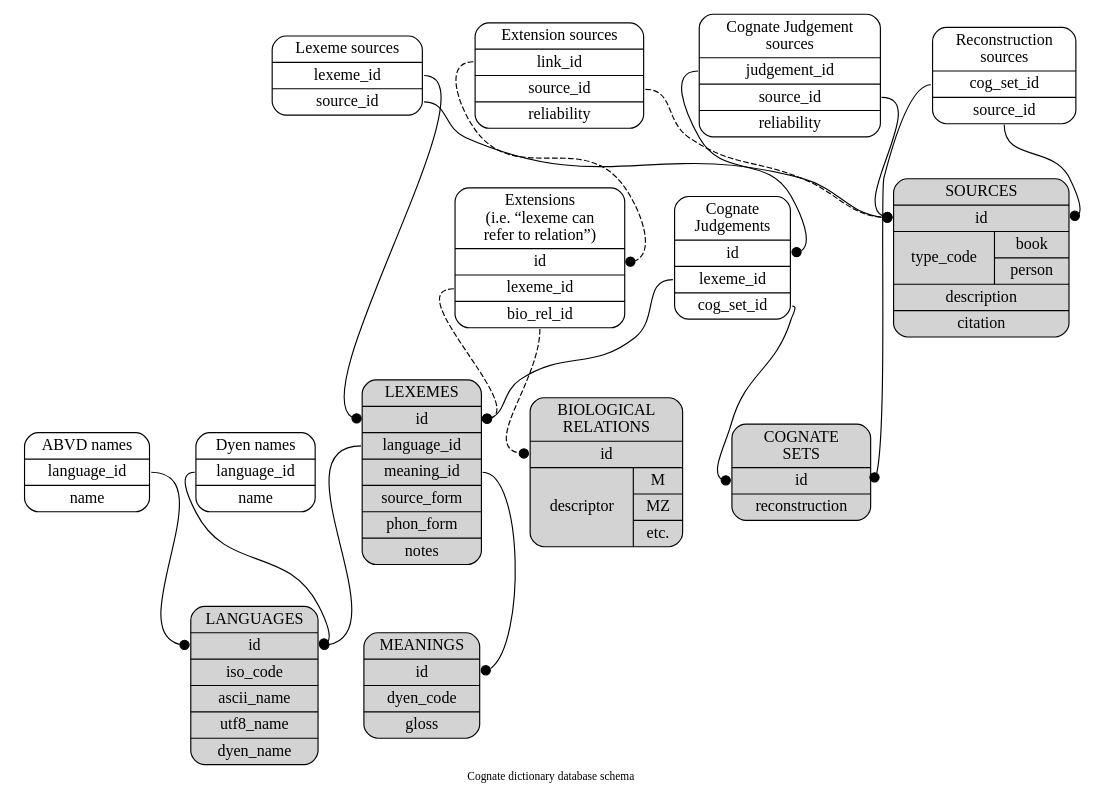
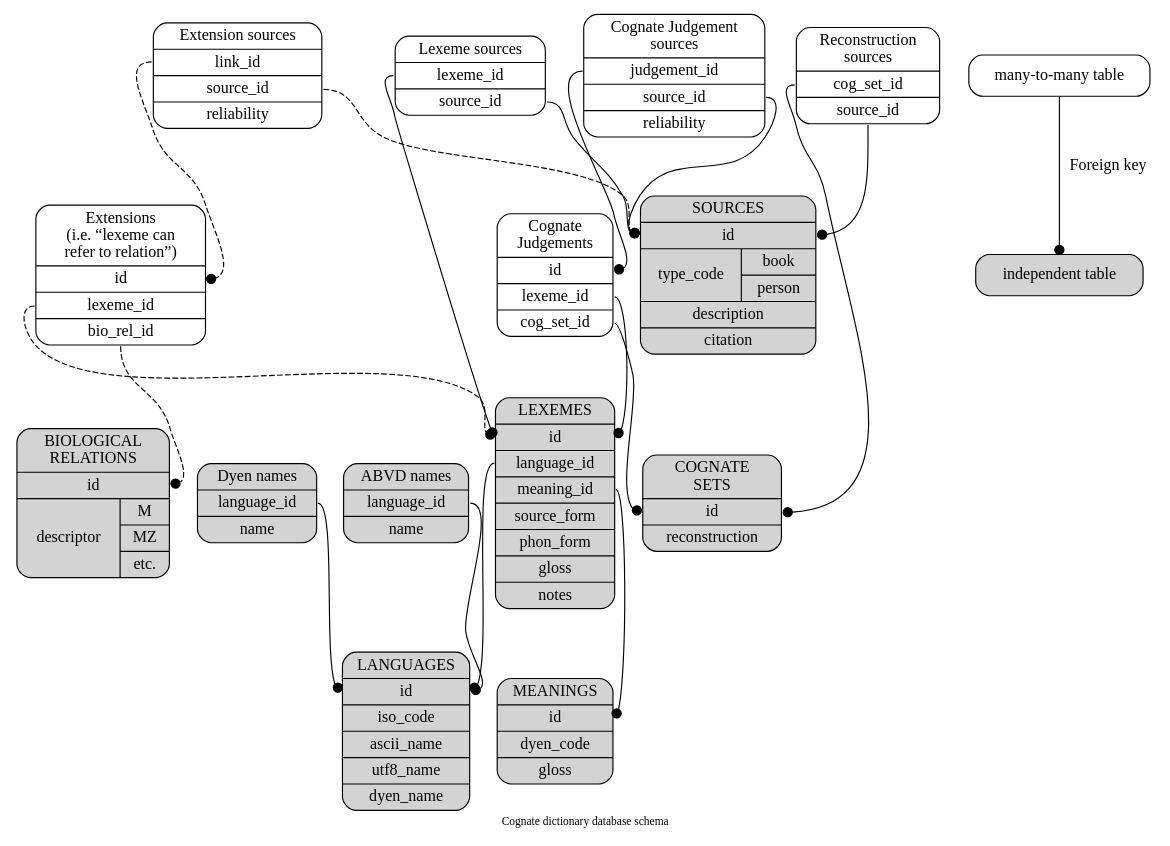
The diagram in database_structure.dot (lingdb/CoBL-public), drawn with Graphviz before and after one commit.

Commit message:
added legend

```diff
--- a/database_structure.dot
+++ b/database_structure.dot
@@ -1,73 +1,76 @@
 digraph g { // neato -Tpdf -O database_structure.dot
   ordering=out;
   fontsize=10;
   overlap=scale;
   splines=true;
   sep=0.2;
   ratio=0.7;
   label="Cognate dictionary database schema";
   node [shape=Mrecord];
   edge [arrowhead=dot];
 
   lexeme [pos="2,3!",style=filled,
-	label="{LEXEMES |<id> id |<lid> language_id |<mid> meaning_id | source_form | phon_form | notes }"];
+	label="{LEXEMES |<id> id |<lid> language_id |<mid> meaning_id | source_form | phon_form | gloss | notes }"];
   source [pos="7,3!",style=filled,
 	label="{SOURCES |<id> id |{type_code |{book | person}}| description | citation }"];
   meaning [pos="1,2!",style=filled,
 	label="{MEANINGS |<id> id | dyen_code | gloss }"];
   language [pos="1,4!",style=filled,
 	label="{LANGUAGES |<id> id | iso_code | ascii_name | utf8_name | dyen_name}"];
   cogset [pos="4,4!",style=filled,
 	label="{COGNATE\nSETS |<id> id | reconstruction}"];
   biological [pos="4,1!",style=filled,
 	label="{BIOLOGICAL\nRELATIONS | <id> id |{descriptor |{M | MZ | etc.}}}"];
-  dyen_name [pos="0,4.5!",
+  dyen_name [pos="0,4.5!",style=filled,
 	label="{Dyen names |<lid> language_id | name}"];
-  abvd_name [pos="0,3.5!",
+  abvd_name [pos="0,3.5!",style=filled,
 	label="{ABVD names |<lid> language_id | name}"];
+  key1 [pos="0,1!", label="independent table", style=filled];
+  key2 [pos="2,1!", label="many-to-many table"];
+  key2 -> key1 [label="Foreign key"];
 
   // Many to many tables
   judgement [pos="3,4.5!",
 	label="{Cognate\nJudgements |<id> id |<fid> lexeme_id |<cid> cog_set_id}"];
   formsource [pos="5,3!",
 	label="{Lexeme sources |<fid> lexeme_id |<sid> source_id}"];
   judgesource [pos="5,5!",
 	label="{Cognate Judgement\nsources |<jid> judgement_id |<sid> source_id | reliability}"];
   cogsource [pos="5,4!",
 	label="{Reconstruction\n sources |<cid> cog_set_id |<sid> source_id}"];
   formbio [pos="3,2!",
 	label="{Extensions\n(i.e. “lexeme can\n  refer to relation”) |<id> id |<fid> lexeme_id |<bid> bio_rel_id}"];
   biosource [pos="5,2!",
 	label="{Extension sources |<lid> link_id |<sid> source_id | reliability}"];
 
   // meaning [pos="1,1!"];	
   // language [pos="1,2!"];
   // lexeme [pos="2,1.5!"];
   // formsource [pos="4,1!"];
   // judgesource [pos="4.5,2.5!"];
   // cogsource [pos="5,1.5!"];
   // source [pos="6,1.5!"];
   // cogset [pos="4,1.5!"];
   // judgement [pos="3,2!"];
   // biological [pos="4,0!"];
   // formbio [pos="3,0.5!"];
 
   judgement:fid -> lexeme:id [weight=8]; 
   judgement:cid -> cogset:id [weight=8];
   formsource:fid -> lexeme:id;
   formsource:sid -> source:id;
   judgesource:jid -> judgement:id;
   judgesource:sid -> source:id;
   cogsource:cid -> cogset:id;
   cogsource:sid -> source:id;
   lexeme:lid -> language:id;
   lexeme:mid -> meaning:id;
 
   formbio:fid -> lexeme:id [style=dashed];
   formbio:bid -> biological:id [style=dashed];
   biosource:lid -> formbio:id [style=dashed];
   biosource:sid -> source:id [style=dashed];
 
   dyen_name:lid -> language:id;
   abvd_name:lid -> language:id;
 }
```
